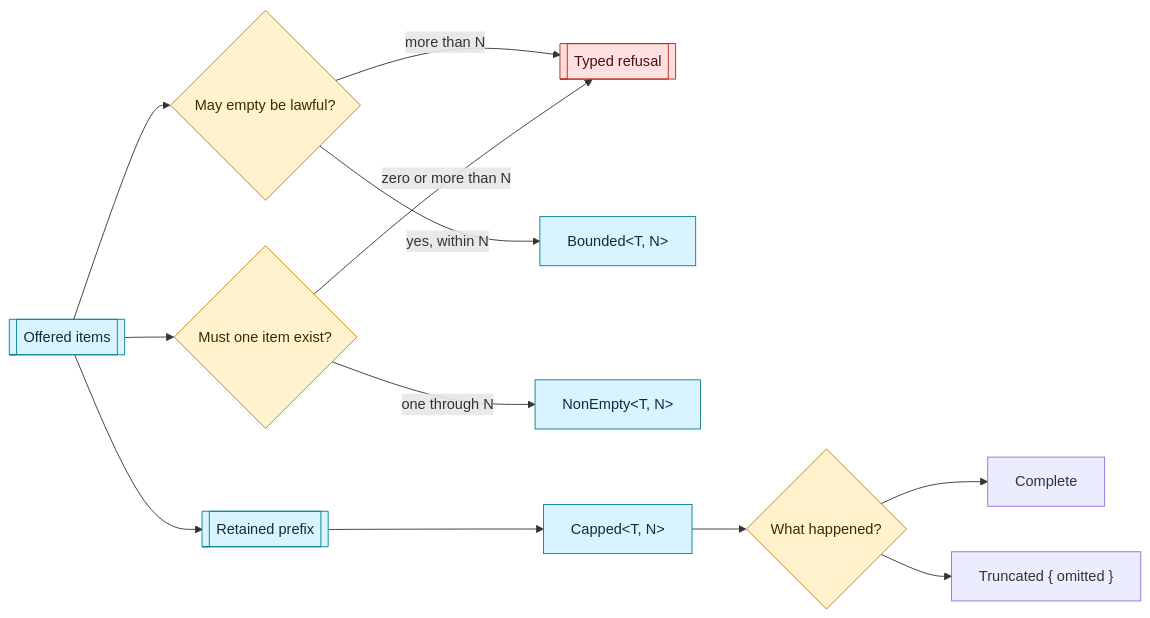
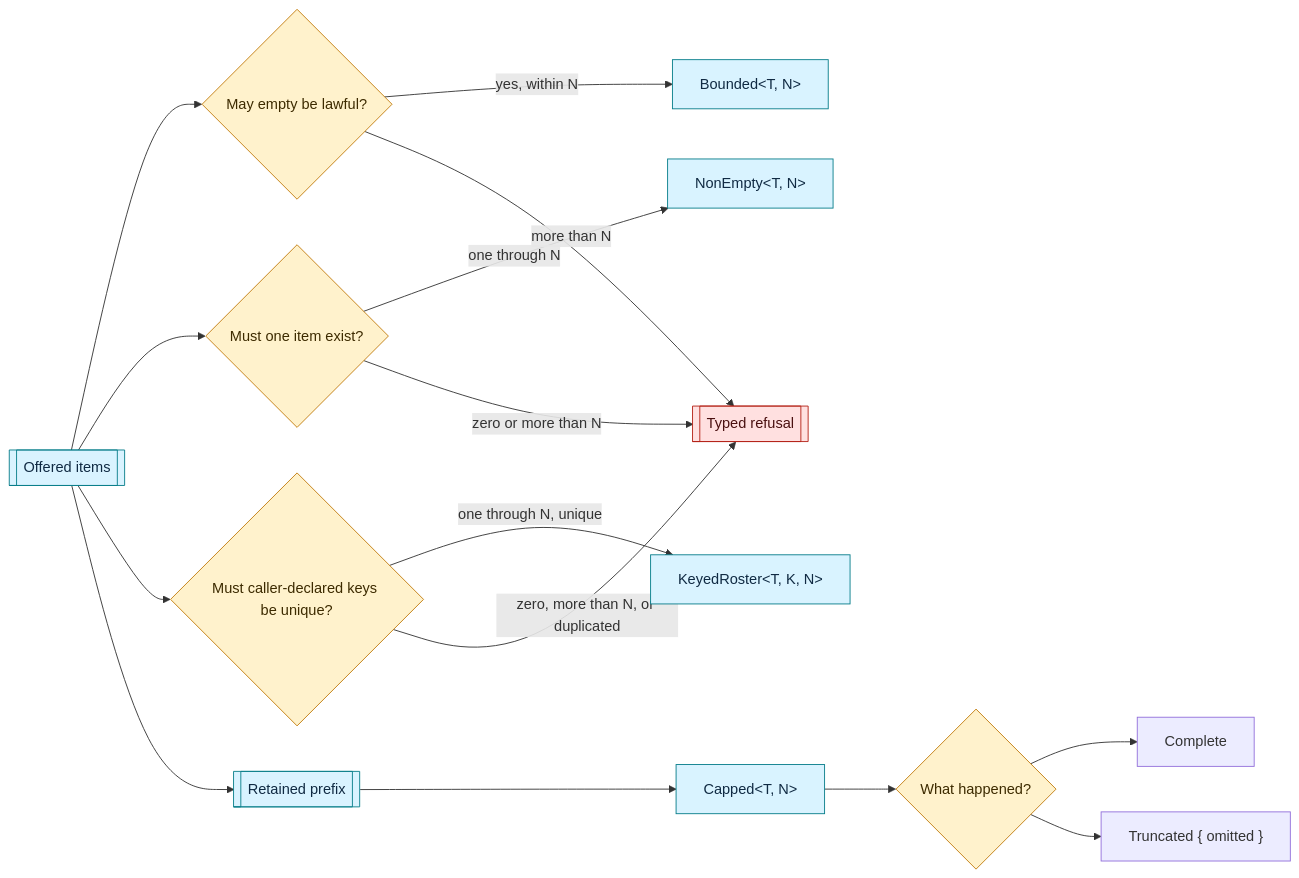
Before and after one commit to freebatteryfactory/Macroonz: the diagram in macros/compiler/src/bounded/README.md, drawn with Mermaid. The commit also changed other lines of this file and 9 other files, not shown here.

Commit message:
feat(compiler): add caller-keyed bounded rosters

````diff
--- a/macros/compiler/src/bounded/README.md
+++ b/macros/compiler/src/bounded/README.md
@@ -8,30 +8,34 @@
 ```mermaid
 flowchart LR
     accTitle: Bounded collection construction
-    accDescr: Complete offerings either become bounded or required nonempty collections or receive typed refusals, while prefix capping retains what fits and records any omission.
+    accDescr: Complete offerings become optional, required, or caller-keyed unique bounded collections or receive typed refusals, while prefix capping retains what fits and records any omission.
 
     offered[[Offered items]]
     bounded{"May empty be lawful?"}
     required{"Must one item exist?"}
+    keyed{"Must caller-declared keys be unique?"}
     retained[[Retained prefix]]
     refusal[[Typed refusal]]
 
     offered --> bounded
     offered --> required
+    offered --> keyed
     offered --> retained
     bounded -->|"yes, within N"| B["Bounded&lt;T, N&gt;"]
     bounded -->|"more than N"| refusal
     required -->|"one through N"| NE["NonEmpty&lt;T, N&gt;"]
     required -->|"zero or more than N"| refusal
+    keyed -->|"one through N, unique"| KR["KeyedRoster&lt;T, K, N&gt;"]
+    keyed -->|"zero, more than N, or duplicated"| refusal
     retained --> C["Capped&lt;T, N&gt;"]
     C --> posture{"What happened?"}
     posture --> complete[Complete]
     posture --> truncated["Truncated { omitted }"]
 
     classDef value fill:#d9f3ff,stroke:#087e8b,color:#102a43
     classDef decision fill:#fff2cc,stroke:#c27c0e,color:#3d2b00
     classDef refused fill:#ffe0e0,stroke:#b42318,color:#4a1010
-    class B,NE,C,offered,retained value
-    class bounded,required,posture decision
+    class B,NE,KR,C,offered,retained value
+    class bounded,required,keyed,posture decision
     class refusal refused
 ```
````
